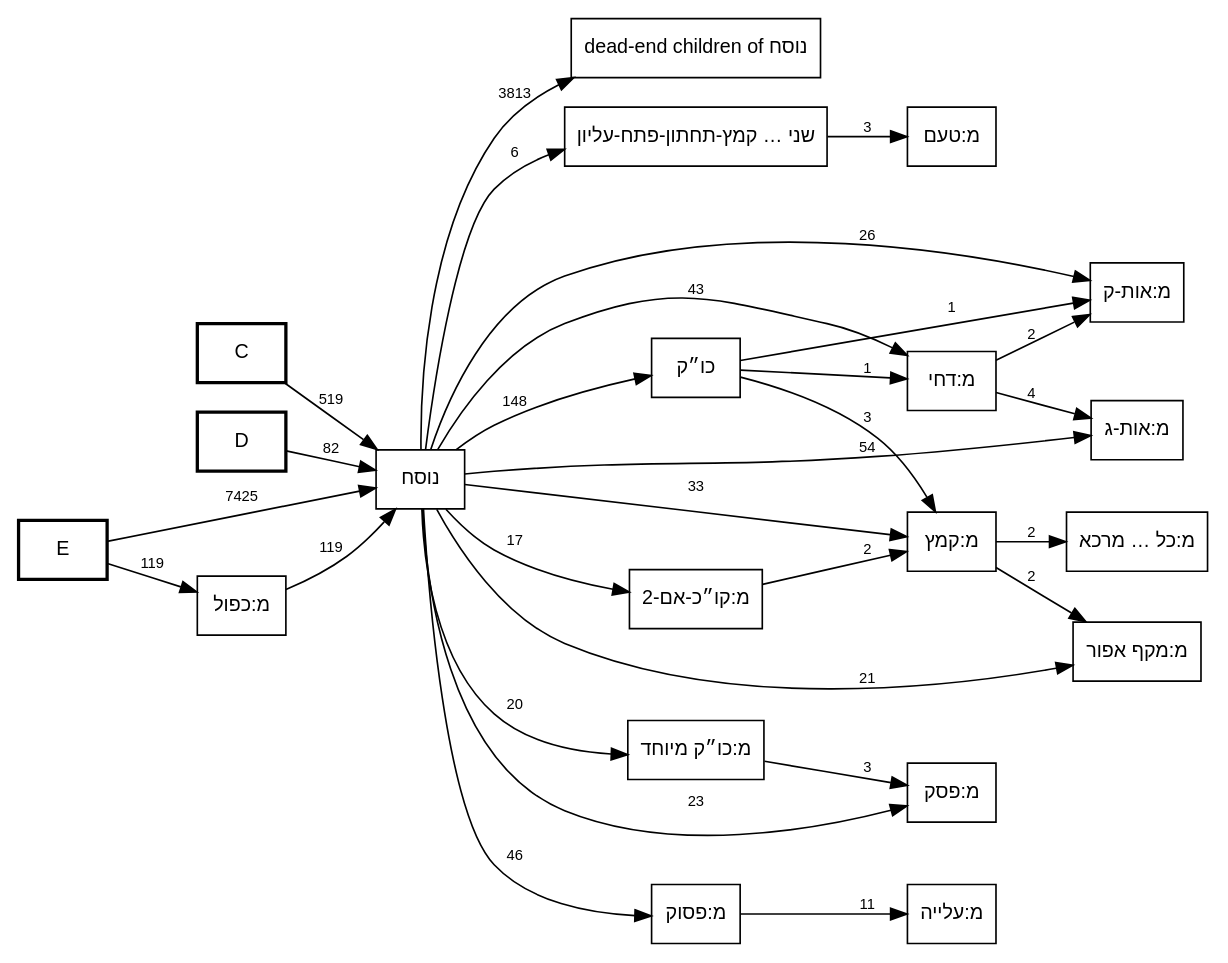
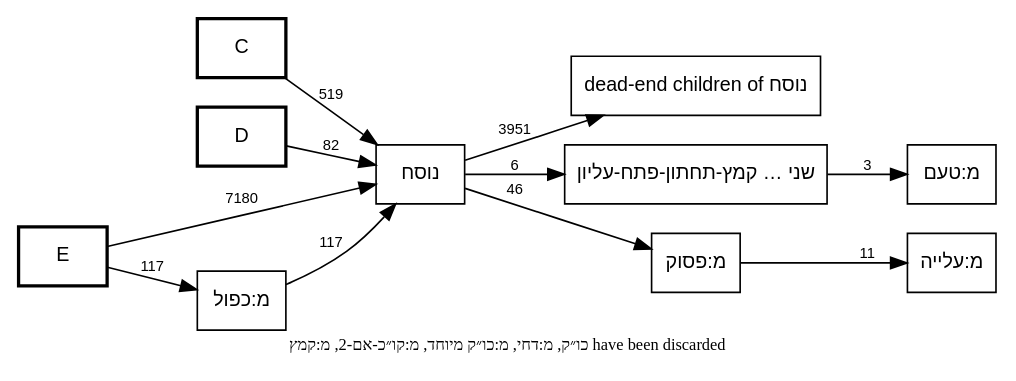
The diagram in out/MAM-tmpl-survey/plain-nusach-call-graph.dot (bdenckla/MAM-basics), drawn with Graphviz before and after one commit. The commit also changed 3 other files, not shown here.

First line of the commit message:
tmpl_survey: discard specific templates in focused nusach call graphs

```diff
--- a/out/MAM-tmpl-survey/plain-nusach-call-graph.dot
+++ b/out/MAM-tmpl-survey/plain-nusach-call-graph.dot
@@ -1,76 +1,65 @@
 // This file was generated by MAM-basics/py/main_tmpl_survey.py.
 // Do not edit by hand.
 digraph template_call_graph {
     rankdir=LR;
     node [fontname="SBL Hebrew,Helvetica", fontsize=12];
     edge [fontname="Helvetica", fontsize=9];
     graph [comment="This file was generated by MAM-basics/py/main_tmpl_survey.py."];
 
     // Column nodes
     node [shape=box, style=bold];
     "C";
     "D";
     "E";
 
     // Template nodes
     node [shape=box, style=""];
     "dead-end children of נוסח" [tooltip="גלגל-2
 כתיב ולא קרי
 מ:אות מנוקדת
+מ:אות-ג
+מ:אות-ק
 מ:אין פרשה בתחילת פרק
 מ:אין פרשה בתחילת פרק בספרי אמ״ת
 מ:גרש ותלישא גדולה
 מ:גרשיים ותלישא גדולה
 מ:טעם ומתג באות אחת
 מ:ירושלם
+מ:כל קמץ קטן מרכא
 מ:לגרמיה-2
+מ:מקף אפור
 מ:נו״ן הפוכה
 מ:סיום בטוב
+מ:פסק
 מ:צינור
 מ:קישור בהערה
 מ:קישור פנימי בהערה
 מודגש
 סס
 ססס
 פפ
 פפפ
 קו״כ
 קרי ולא כתיב
 ר0
 ר1
 ר3
 ר4
 ש"];
-    "מ:כל קמץ קטן מרכא" [label="מ:כל … מרכא", tooltip="מ:כל קמץ קטן מרכא"];
     "שני טעמים באות אחת קמץ-תחתון-פתח-עליון" [label="שני … קמץ-תחתון-פתח-עליון", tooltip="שני טעמים באות אחת קמץ-תחתון-פתח-עליון"];
+
+    // Note
+    graph [label="כו״ק, מ:דחי, מ:כו״ק מיוחד, מ:קו״כ-אם-2, מ:קמץ have been discarded", labelloc=b, fontsize=10];
 
     // Edges
     "C" -> "נוסח" [label="519"];
     "D" -> "נוסח" [label="82"];
-    "E" -> "מ:כפול" [label="119"];
-    "E" -> "נוסח" [label="7425"];
-    "כו״ק" -> "מ:אות-ק" [label="1"];
-    "כו״ק" -> "מ:דחי" [label="1"];
-    "כו״ק" -> "מ:קמץ" [label="3"];
-    "מ:דחי" -> "מ:אות-ג" [label="4"];
-    "מ:דחי" -> "מ:אות-ק" [label="2"];
-    "מ:כו״ק מיוחד" -> "מ:פסק" [label="3"];
-    "מ:כפול" -> "נוסח" [label="119"];
+    "E" -> "מ:כפול" [label="117"];
+    "E" -> "נוסח" [label="7180"];
+    "מ:כפול" -> "נוסח" [label="117"];
     "מ:פסוק" -> "מ:עלייה" [label="11"];
-    "מ:קו״כ-אם-2" -> "מ:קמץ" [label="2"];
-    "מ:קמץ" -> "מ:כל קמץ קטן מרכא" [label="2"];
-    "מ:קמץ" -> "מ:מקף אפור" [label="2"];
-    "נוסח" -> "dead-end children of נוסח" [label="3813"];
-    "נוסח" -> "כו״ק" [label="148"];
-    "נוסח" -> "מ:אות-ג" [label="54"];
-    "נוסח" -> "מ:אות-ק" [label="26"];
-    "נוסח" -> "מ:דחי" [label="43"];
-    "נוסח" -> "מ:כו״ק מיוחד" [label="20"];
-    "נוסח" -> "מ:מקף אפור" [label="21"];
+    "נוסח" -> "dead-end children of נוסח" [label="3951"];
     "נוסח" -> "מ:פסוק" [label="46"];
-    "נוסח" -> "מ:פסק" [label="23"];
-    "נוסח" -> "מ:קו״כ-אם-2" [label="17"];
-    "נוסח" -> "מ:קמץ" [label="33"];
     "נוסח" -> "שני טעמים באות אחת קמץ-תחתון-פתח-עליון" [label="6"];
     "שני טעמים באות אחת קמץ-תחתון-פתח-עליון" -> "מ:טעם" [label="3"];
 }
```
